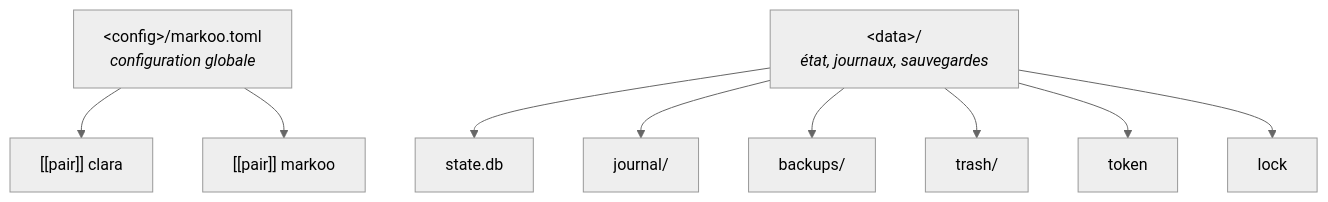
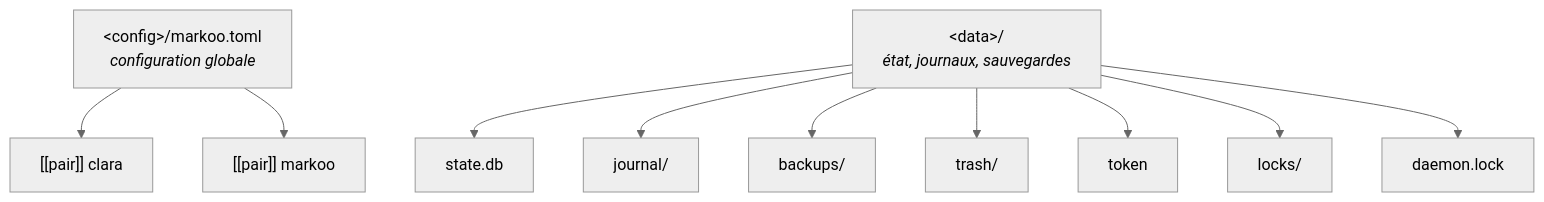
The first of 3 diagrams in documentation/fr/06-configuration.md (studoo-app/markoo), drawn with Mermaid (neutral theme) before and after one commit. The commit also changed 34 other files, not shown here.

````diff
--- a/documentation/fr/06-configuration.md
+++ b/documentation/fr/06-configuration.md
@@ -12,13 +12,14 @@
 ```mermaid
 flowchart TD
     G["&lt;config&gt;/markoo.toml<br/><i>configuration globale</i>"]
     S["&lt;data&gt;/<br/><i>état, journaux, sauvegardes</i>"]
     G --> P1["[[pair]] clara"]
     G --> P2["[[pair]] markoo"]
     S --> DB["state.db"]
     S --> J["journal/"]
     S --> B["backups/"]
     S --> T["trash/"]
     S --> TK["token"]
-    S --> L["lock"]
+    S --> L["locks/"]
+    S --> DL["daemon.lock"]
 ```
````
